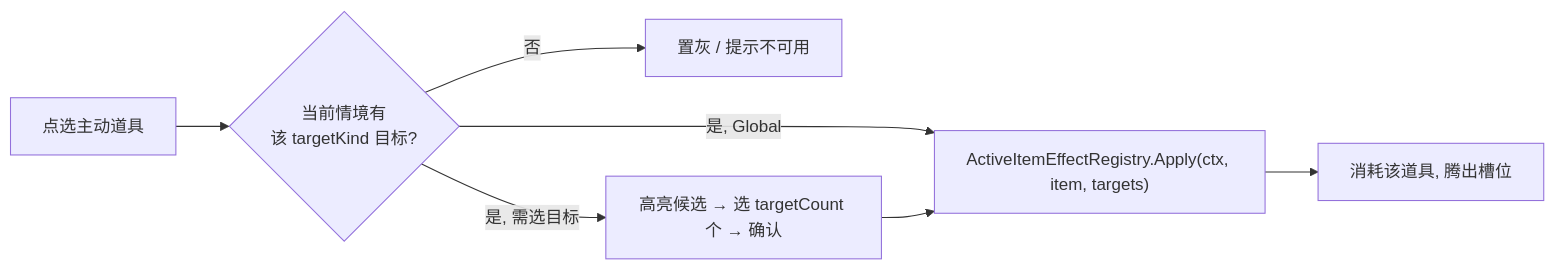
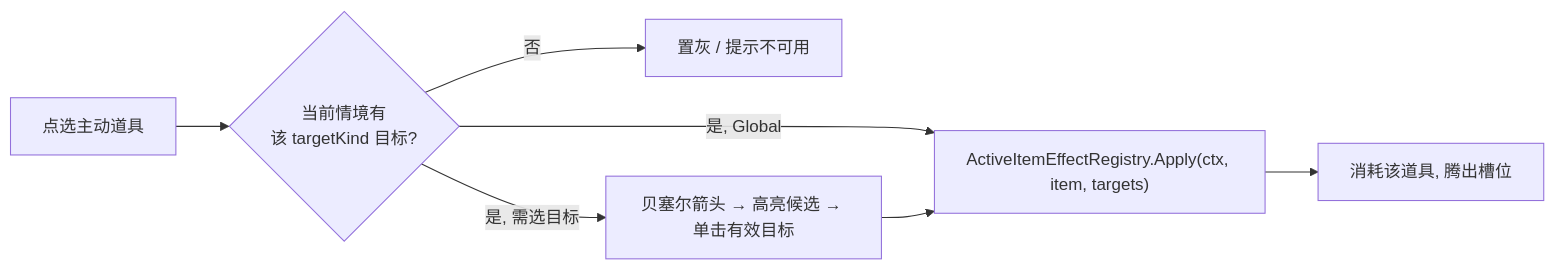
The diagram in GourmetProject/docs/design/道具.md (2563495284/gourmetproject), drawn with Mermaid before and after one commit. The commit also changed other lines of this file and 20 other files, not shown here.

````diff
--- a/GourmetProject/docs/design/道具.md
+++ b/GourmetProject/docs/design/道具.md
@@ -144,9 +145,9 @@
 ```mermaid
 flowchart LR
     click["点选主动道具"] --> check{"当前情境有\n该 targetKind 目标?"}
     check -->|否| gray["置灰 / 提示不可用"]
     check -->|"是, Global"| apply
-    check -->|"是, 需选目标"| pick["高亮候选 → 选 targetCount 个 → 确认"]
+    check -->|"是, 需选目标"| pick["贝塞尔箭头 → 高亮候选 → 单击有效目标"]
     pick --> apply["ActiveItemEffectRegistry.Apply(ctx, item, targets)"]
     apply --> consume["消耗该道具, 腾出槽位"]
 ```
````
